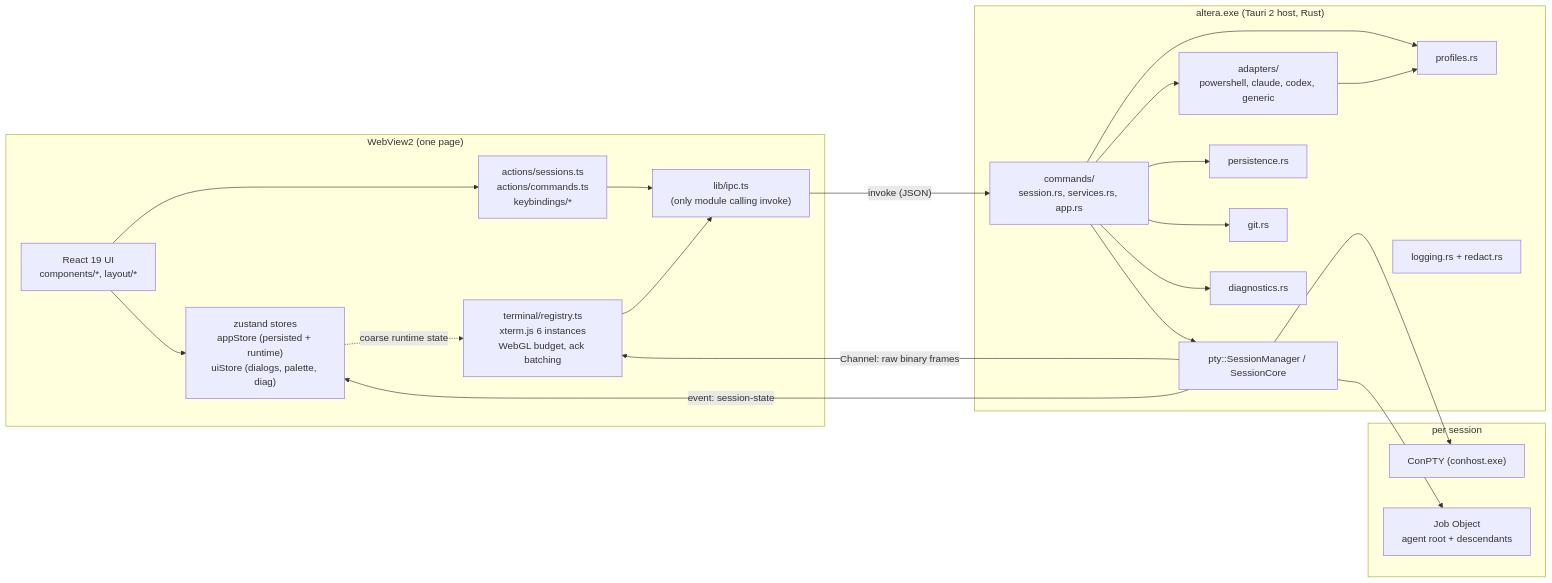
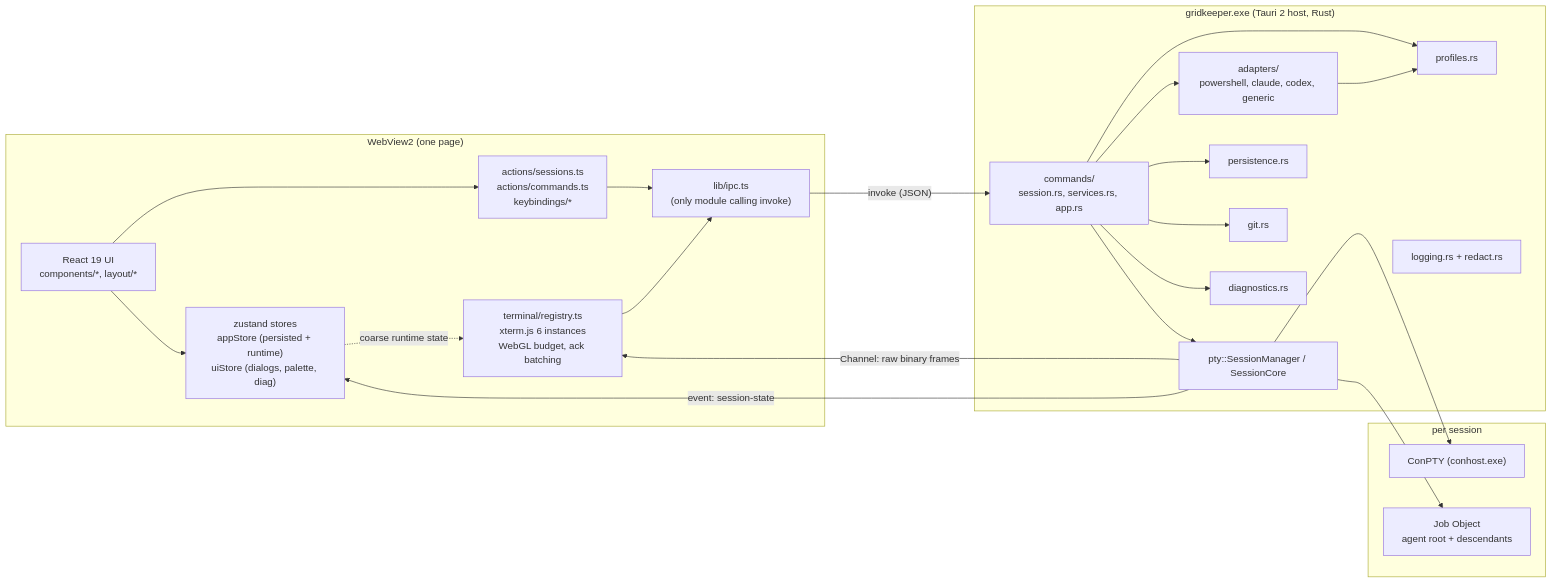
Before and after one commit to raazi29/gridkeeper: the diagram in docs/ARCHITECTURE.md, drawn with Mermaid. The commit also changed other lines of this file and 32 other files, not shown here.

````diff
--- a/docs/ARCHITECTURE.md
+++ b/docs/ARCHITECTURE.md
@@ -26,44 +26,44 @@
 ```mermaid
 flowchart LR
   subgraph WebView2["WebView2 (one page)"]
     UI["React 19 UI<br/>components/*, layout/*"]
     Store["zustand stores<br/>appStore (persisted + runtime)<br/>uiStore (dialogs, palette, diag)"]
     Actions["actions/sessions.ts<br/>actions/commands.ts<br/>keybindings/*"]
     Reg["terminal/registry.ts<br/>xterm.js 6 instances<br/>WebGL budget, ack batching"]
     IPC["lib/ipc.ts<br/>(only module calling invoke)"]
     UI --> Store
     UI --> Actions
     Actions --> IPC
     Reg --> IPC
     Store -. coarse runtime state .-> Reg
   end
 
-  subgraph Host["altera.exe (Tauri 2 host, Rust)"]
+  subgraph Host["gridkeeper.exe (Tauri 2 host, Rust)"]
     Cmds["commands/<br/>session.rs, services.rs, app.rs"]
     SM["pty::SessionManager / SessionCore"]
     Ad["adapters/<br/>powershell, claude, codex, generic"]
     Prof["profiles.rs"]
     Pers["persistence.rs"]
     Git["git.rs"]
     Diag["diagnostics.rs"]
     Log["logging.rs + redact.rs"]
     Cmds --> SM
     Cmds --> Ad
     Cmds --> Prof
     Cmds --> Pers
     Cmds --> Git
     Cmds --> Diag
     Ad --> Prof
   end
 
   IPC -- "invoke (JSON)" --> Cmds
   SM -- "Channel: raw binary frames" --> Reg
   SM -- "event: session-state" --> Store
 
   subgraph Sessions["per session"]
     CP["ConPTY (conhost.exe)"]
     Job["Job Object<br/>agent root + descendants"]
   end
   SM --> CP
   SM --> Job
 ```
````
